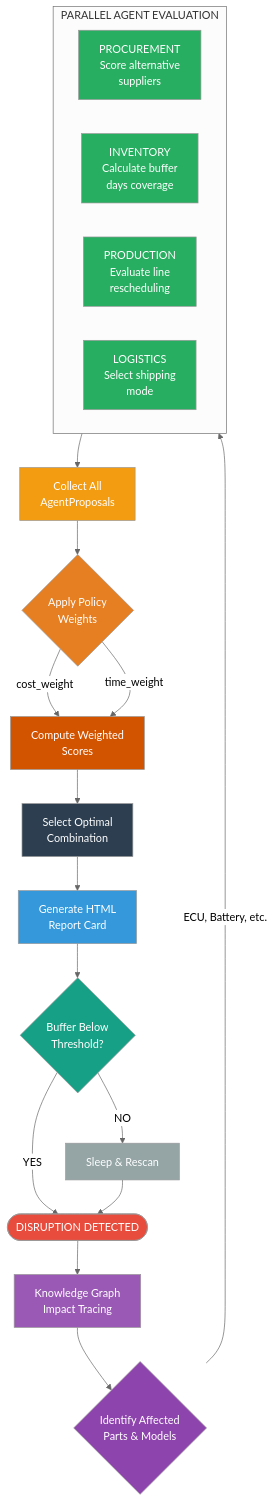
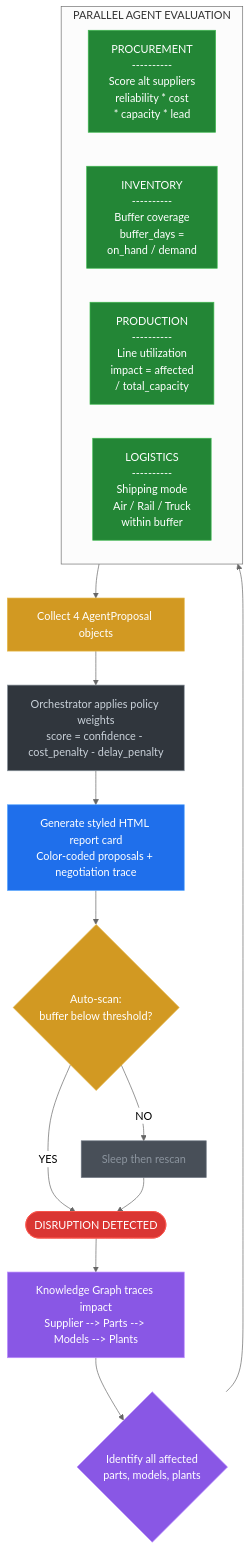
One commit to santhoshkrishnan-M/SCM-connector changed the third of 13 diagrams in README.md. Above: the diagram before and after it, drawn with Mermaid (neutral theme). The commit also changed other lines of this file, not shown here.

````diff
--- a/README.md
+++ b/README.md
@@ -232,40 +147,32 @@
 ```mermaid
 flowchart TD
-    START(["DISRUPTION DETECTED"]) --> TRACE["Knowledge Graph<br/>Impact Tracing"]
-    TRACE --> PARTS{"Identify Affected<br/>Parts & Models"}
-    PARTS --> |"ECU, Battery, etc."| PARALLEL
+    START(["DISRUPTION DETECTED"]):::red
+    START --> TRACE["Knowledge Graph traces impact<br/>Supplier --> Parts --> Models --> Plants"]:::purple
+    TRACE --> SCOPE{"Identify all affected<br/>parts, models, plants"}:::purple
+
+    SCOPE --> PARALLEL
 
     subgraph PARALLEL["PARALLEL AGENT EVALUATION"]
         direction LR
-        AG1["PROCUREMENT<br/>Score alternative<br/>suppliers"]
-        AG2["INVENTORY<br/>Calculate buffer<br/>days coverage"]
-        AG3["PRODUCTION<br/>Evaluate line<br/>rescheduling"]
-        AG4["LOGISTICS<br/>Select shipping<br/>mode"]
+        AG1["PROCUREMENT<br/>----------<br/>Score alt suppliers<br/>reliability * cost<br/>* capacity * lead"]:::green
+        AG2["INVENTORY<br/>----------<br/>Buffer coverage<br/>buffer_days =<br/>on_hand / demand"]:::green
+        AG3["PRODUCTION<br/>----------<br/>Line utilization<br/>impact = affected<br/>/ total_capacity"]:::green
+        AG4["LOGISTICS<br/>----------<br/>Shipping mode<br/>Air / Rail / Truck<br/>within buffer"]:::green
     end
 
-    PARALLEL --> COLLECT["Collect All<br/>AgentProposals"]
-    COLLECT --> POLICY{"Apply Policy<br/>Weights"}
-    POLICY -->|"cost_weight"| SCORE["Compute Weighted<br/>Scores"]
-    POLICY -->|"time_weight"| SCORE
-    SCORE --> DECIDE["Select Optimal<br/>Combination"]
-    DECIDE --> REPORT["Generate HTML<br/>Report Card"]
-    REPORT --> MONITOR{"Buffer Below<br/>Threshold?"}
-    MONITOR -->|"YES"| START
-    MONITOR -->|"NO"| SLEEP["Sleep & Rescan"]
-    SLEEP --> START
+    PARALLEL --> COLLECT["Collect 4 AgentProposal objects"]:::orange
+    COLLECT --> NEGOTIATE["Orchestrator applies policy weights<br/>score = confidence - cost_penalty - delay_penalty"]:::dark
+    NEGOTIATE --> REPORT["Generate styled HTML report card<br/>Color-coded proposals + negotiation trace"]:::blue
+    REPORT --> SCAN{"Auto-scan:<br/>buffer below threshold?"}:::orange
+    SCAN -->|"YES"| START
+    SCAN -->|"NO"| WAIT["Sleep then rescan"]:::grey
+    WAIT --> START
 
-    style START fill:#e74c3c,color:#fff
-    style TRACE fill:#9b59b6,color:#fff
-    style PARTS fill:#8e44ad,color:#fff
-    style AG1 fill:#27ae60,color:#fff
-    style AG2 fill:#27ae60,color:#fff
-    style AG3 fill:#27ae60,color:#fff
-    style AG4 fill:#27ae60,color:#fff
-    style COLLECT fill:#f39c12,color:#fff
-    style POLICY fill:#e67e22,color:#fff
-    style SCORE fill:#d35400,color:#fff
-    style DECIDE fill:#2c3e50,color:#fff
-    style REPORT fill:#3498db,color:#fff
-    style MONITOR fill:#16a085,color:#fff
-    style SLEEP fill:#95a5a6,color:#fff
+    classDef red fill:#da3633,stroke:#f85149,color:#fff
+    classDef purple fill:#8957e5,stroke:#bc8cff,color:#fff
+    classDef green fill:#238636,stroke:#3fb950,color:#fff
+    classDef orange fill:#d29922,stroke:#e3b341,color:#fff
+    classDef dark fill:#30363d,stroke:#8b949e,color:#c9d1d9
+    classDef blue fill:#1f6feb,stroke:#58a6ff,color:#fff
+    classDef grey fill:#484f58,stroke:#6e7681,color:#8b949e
 ```
````
